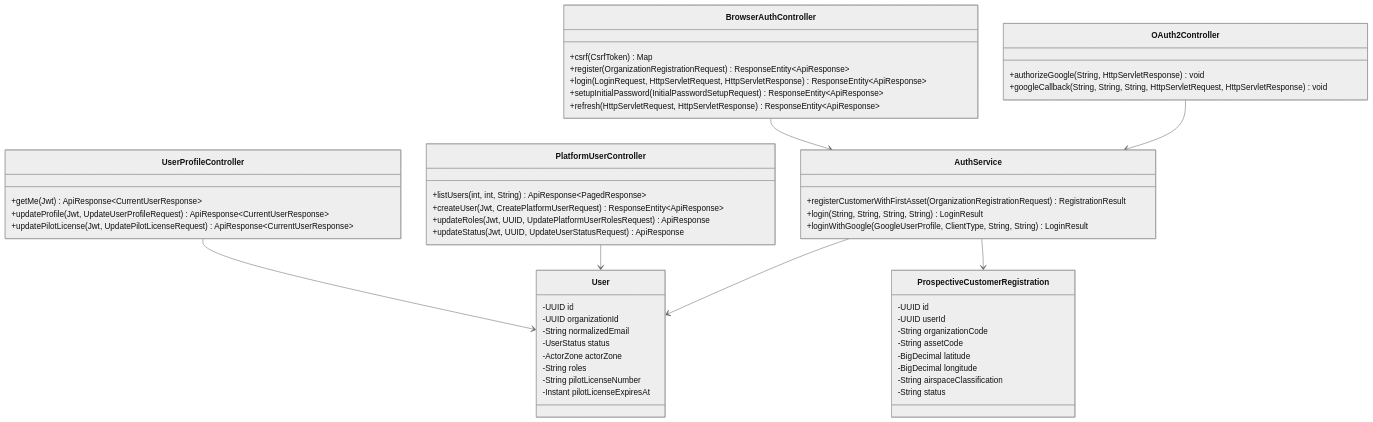
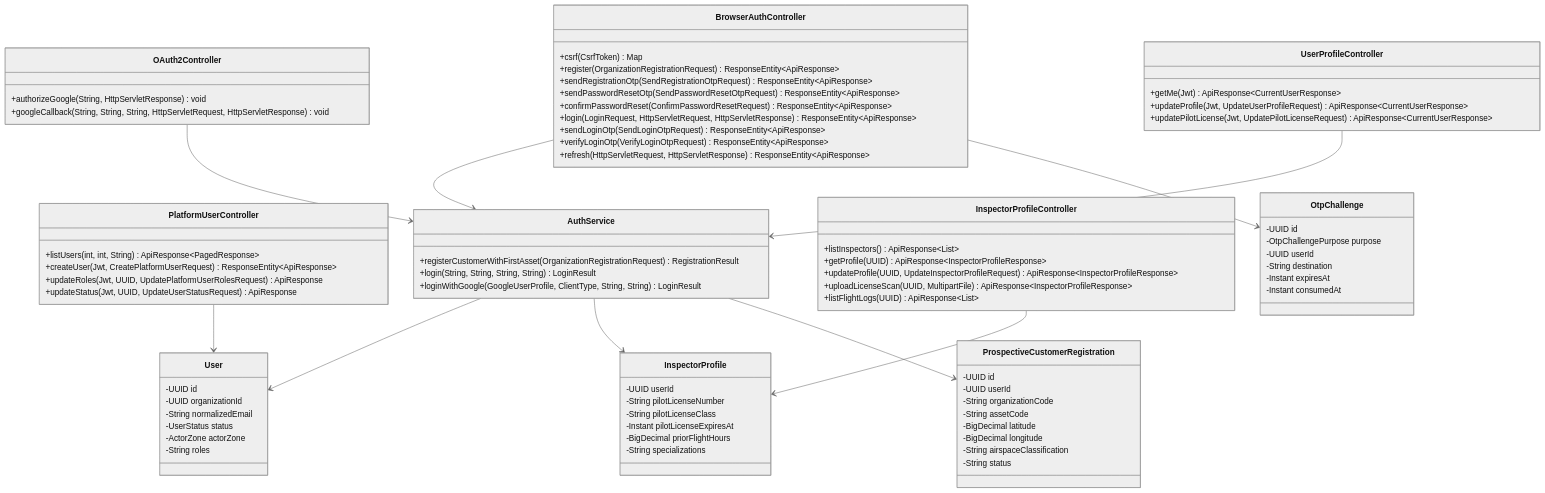
Before and after one commit to tungbach12/SmartDroneInspection-Docs: the first of 23 diagrams in reports/report-4-software-design-document/03-detailed-design.md, drawn with Mermaid (neutral theme). The commit also changed other lines of this file and 30 other files, not shown here.

````diff
--- a/reports/report-4-software-design-document/03-detailed-design.md
+++ b/reports/report-4-software-design-document/03-detailed-design.md
@@ -17,8 +17,12 @@
   class BrowserAuthController {
     +csrf(CsrfToken) Map
     +register(OrganizationRegistrationRequest) ResponseEntity~ApiResponse~
+    +sendRegistrationOtp(SendRegistrationOtpRequest) ResponseEntity~ApiResponse~
+    +sendPasswordResetOtp(SendPasswordResetOtpRequest) ResponseEntity~ApiResponse~
+    +confirmPasswordReset(ConfirmPasswordResetRequest) ResponseEntity~ApiResponse~
     +login(LoginRequest, HttpServletRequest, HttpServletResponse) ResponseEntity~ApiResponse~
-    +setupInitialPassword(InitialPasswordSetupRequest) ResponseEntity~ApiResponse~
+    +sendLoginOtp(SendLoginOtpRequest) ResponseEntity~ApiResponse~
+    +verifyLoginOtp(VerifyLoginOtpRequest) ResponseEntity~ApiResponse~
     +refresh(HttpServletRequest, HttpServletResponse) ResponseEntity~ApiResponse~
   }
   class OAuth2Controller {
@@ -48,8 +52,29 @@
     -UserStatus status
     -ActorZone actorZone
     -String roles
+  }
+  class InspectorProfileController {
+    +listInspectors() ApiResponse~List~
+    +getProfile(UUID) ApiResponse~InspectorProfileResponse~
+    +updateProfile(UUID, UpdateInspectorProfileRequest) ApiResponse~InspectorProfileResponse~
+    +uploadLicenseScan(UUID, MultipartFile) ApiResponse~InspectorProfileResponse~
+    +listFlightLogs(UUID) ApiResponse~List~
+  }
+  class InspectorProfile {
+    -UUID userId
     -String pilotLicenseNumber
+    -String pilotLicenseClass
     -Instant pilotLicenseExpiresAt
+    -BigDecimal priorFlightHours
+    -String specializations
+  }
+  class OtpChallenge {
+    -UUID id
+    -OtpChallengePurpose purpose
+    -UUID userId
+    -String destination
+    -Instant expiresAt
+    -Instant consumedAt
   }
   class ProspectiveCustomerRegistration {
     -UUID id
@@ -62,9 +87,12 @@
     -String status
   }
   BrowserAuthController --> AuthService
+  BrowserAuthController --> OtpChallenge
   OAuth2Controller --> AuthService
-  UserProfileController --> User
+  UserProfileController --> AuthService
+  InspectorProfileController --> InspectorProfile
   PlatformUserController --> User
   AuthService --> User
+  AuthService --> InspectorProfile
   AuthService --> ProspectiveCustomerRegistration
 ```
````
